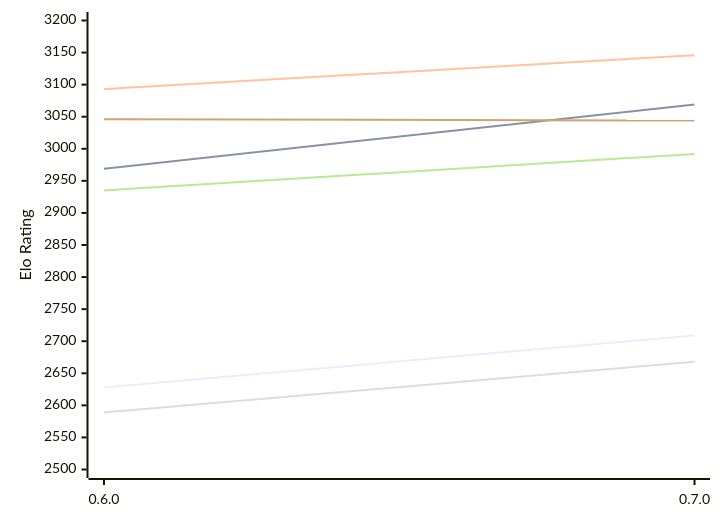
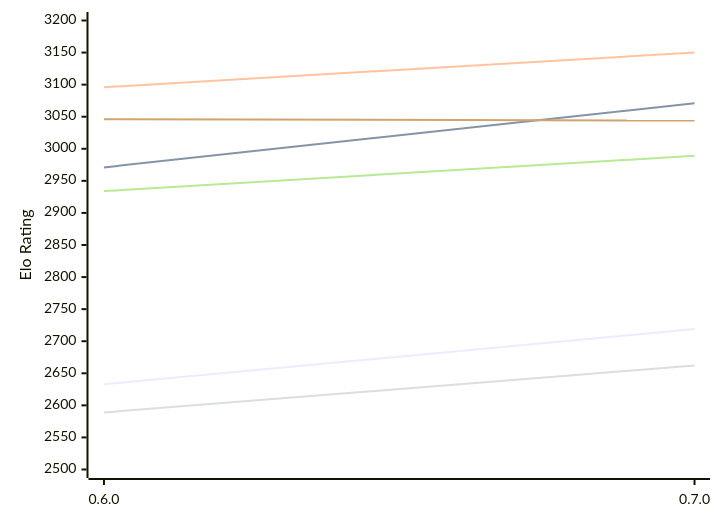
Before and after one commit to computer-chess-index/cci: the first of 2 diagrams in engines/AteNika.md, drawn with Mermaid. The commit also changed other lines of this file, not shown here.

Commit message:
Update CCI Ratings (ELO VLTC) - 2026-11-22

````diff
--- a/engines/AteNika.md
+++ b/engines/AteNika.md
@@ -52,12 +52,12 @@
 ```mermaid
 %%{init: {"theme":"base","themeVariables":{"seriesColors:['#a3a3a3','#222221','#faa371']}}}%%
 xychart-beta
   x-axis ["0.6.0", "0.7.0"]
   y-axis "Elo Rating" 2500 --> 3200
-  line "E1: STC (8.0+0.08s)" [2628, 2709]
-  line "E1: LTC (60.0+0.60s)" [2969, 3069]
-  line "E1: VLTC (2m24s+1.12s)" [3093, 3146]
-  line "P1: STC (8.0+0.08s)" [2589, 2668]
-  line "P1: LTC (60.0+0.60s)" [2935, 2992]
+  line "E1: STC (8.0+0.08s)" [2633, 2719]
+  line "E1: LTC (60.0+0.60s)" [2971, 3071]
+  line "E1: VLTC (2m24s+1.12s)" [3096, 3150]
+  line "P1: STC (8.0+0.08s)" [2589, 2662]
+  line "P1: LTC (60.0+0.60s)" [2934, 2989]
   line "P1: VLTC (2m24s+1.12s)" [3046, 3044]
 ```
````
